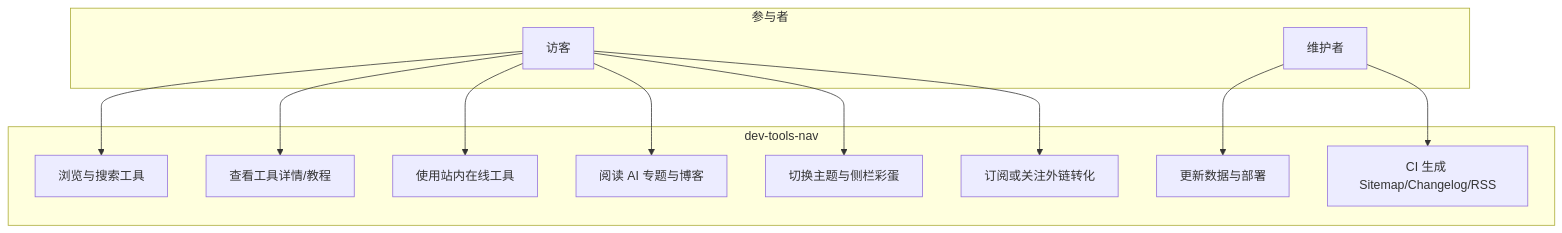
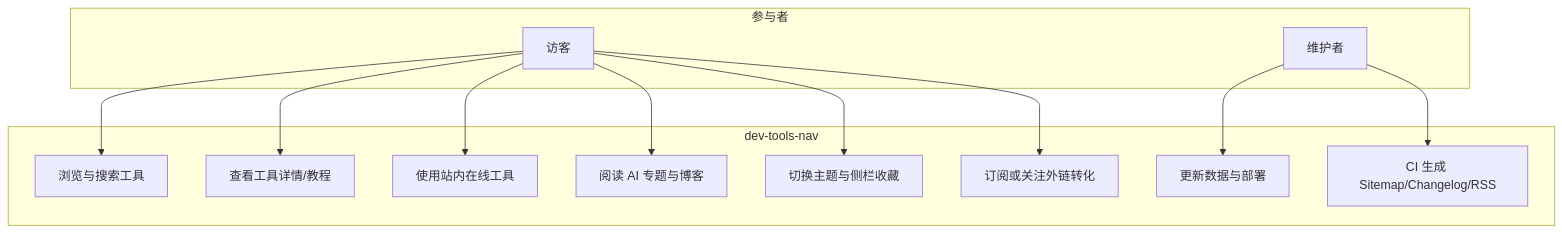
Before and after one commit to SongYuanKun/dev-tools-nav: the second of 3 diagrams in docs/sdlc-project-delivery-kit.md, drawn with Mermaid. The commit also changed other lines of this file and 19 other files, not shown here.

````diff
--- a/docs/sdlc-project-delivery-kit.md
+++ b/docs/sdlc-project-delivery-kit.md
@@ -72,25 +72,25 @@
 ```mermaid
 flowchart TB
   subgraph actors [参与者]
     Visitor[访客]
     Maintainer[维护者]
   end
   subgraph system [dev-tools-nav]
     UC1[浏览与搜索工具]
     UC2[查看工具详情/教程]
     UC3[使用站内在线工具]
     UC4[阅读 AI 专题与博客]
-    UC5[切换主题与侧栏彩蛋]
+    UC5[切换主题与侧栏收藏]
     UC6[订阅或关注外链转化]
     UC7[更新数据与部署]
     UC8[CI 生成 Sitemap/Changelog/RSS]
   end
   Visitor --> UC1
   Visitor --> UC2
   Visitor --> UC3
   Visitor --> UC4
   Visitor --> UC5
   Visitor --> UC6
   Maintainer --> UC7
   Maintainer --> UC8
 ```
````
